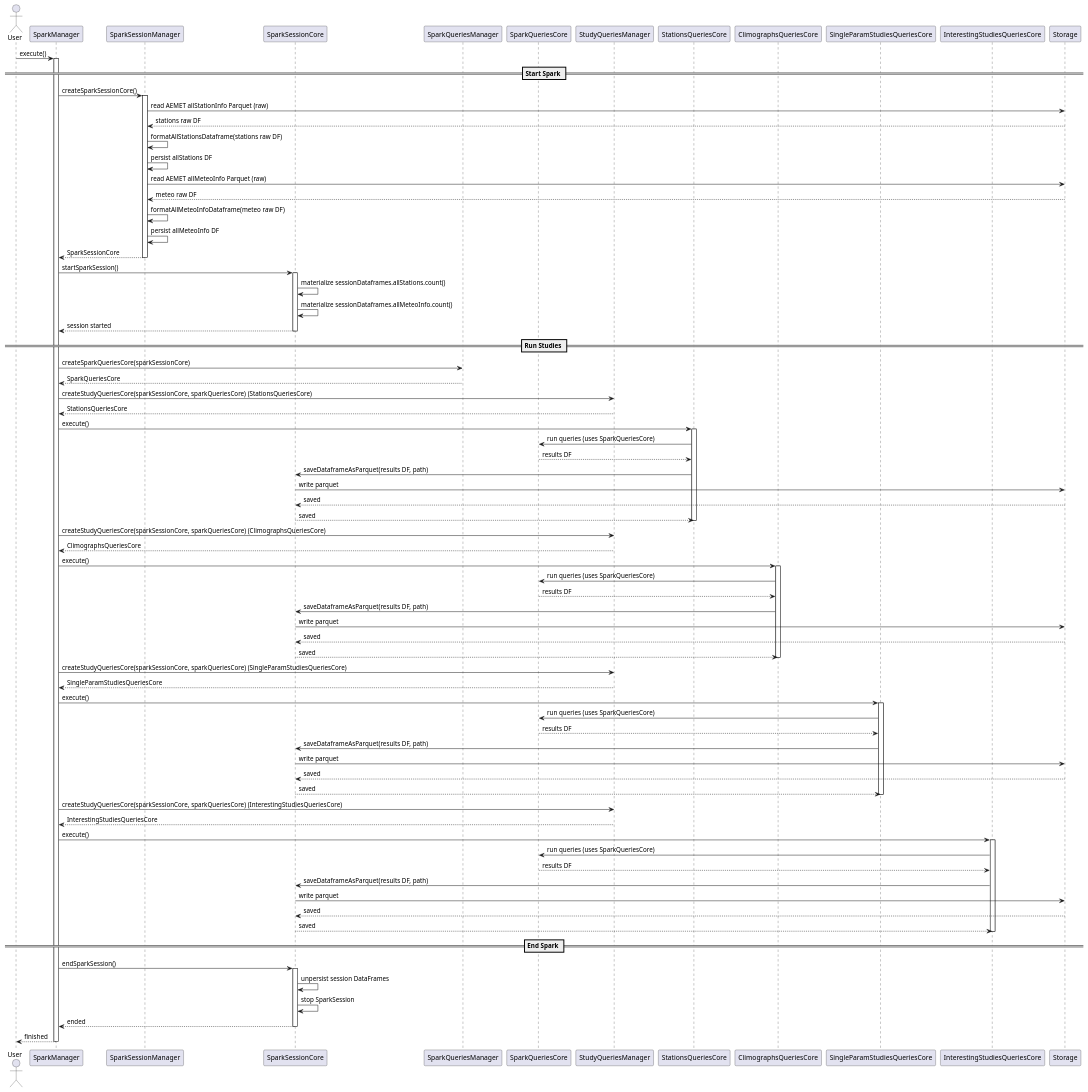
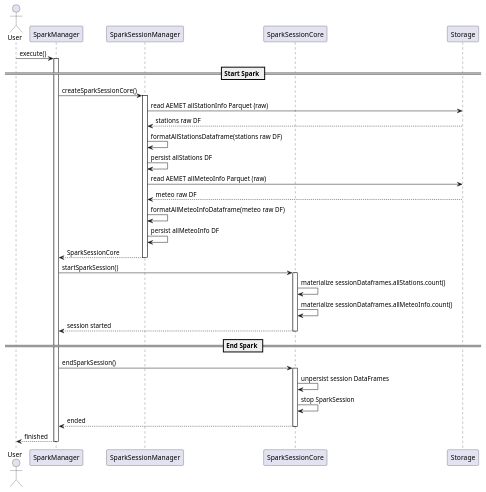
Before and after one commit to cfkr-dev/aemet_spark_study: the diagram in big-data-core/documentation/plantuml/spark/start_end_execution.plantuml, drawn with PlantUML. The commit also changed 24 other files, not shown here.

Commit message:
Main projects diagrams refactor

```diff
--- a/big-data-core/documentation/plantuml/spark/start_end_execution.plantuml
+++ b/big-data-core/documentation/plantuml/spark/start_end_execution.plantuml
@@ -1,109 +1,49 @@
 @startuml
 actor User
 
 participant "SparkManager" as SPARK_MANAGER
 participant "SparkSessionManager" as SPARK_SESSION_MANAGER
 participant "SparkSessionCore" as SPARK_SESSION_CORE
-participant "SparkQueriesManager" as SPARK_QUERIES_MANAGER
-participant "SparkQueriesCore" as SPARK_QUERIES_CORE
-participant "StudyQueriesManager" as STUDY_QUERIES_MANAGER
-participant "StationsQueriesCore" as STATIONS_QUERIES_CORE
-participant "ClimographsQueriesCore" as CLIMOGRAPHS_QUERIES_CORE
-participant "SingleParamStudiesQueriesCore" as SINGLE_PARAM_STUDIES_QUERIES_CORE
-participant "InterestingStudiesQueriesCore" as INTERESTING_STUDIES_QUERIES_CORE
 participant "Storage" as STORAGE
 
 User -> SPARK_MANAGER : execute()
 activate SPARK_MANAGER
 
 == Start Spark ==
 
 SPARK_MANAGER -> SPARK_SESSION_MANAGER : createSparkSessionCore()
 activate SPARK_SESSION_MANAGER
 
 SPARK_SESSION_MANAGER -> STORAGE : read AEMET allStationInfo Parquet (raw)
 STORAGE --> SPARK_SESSION_MANAGER : stations raw DF
 SPARK_SESSION_MANAGER -> SPARK_SESSION_MANAGER : formatAllStationsDataframe(stations raw DF)
 SPARK_SESSION_MANAGER -> SPARK_SESSION_MANAGER : persist allStations DF
 
 SPARK_SESSION_MANAGER -> STORAGE : read AEMET allMeteoInfo Parquet (raw)
 STORAGE --> SPARK_SESSION_MANAGER : meteo raw DF
 SPARK_SESSION_MANAGER -> SPARK_SESSION_MANAGER : formatAllMeteoInfoDataframe(meteo raw DF)
 SPARK_SESSION_MANAGER -> SPARK_SESSION_MANAGER : persist allMeteoInfo DF
 
 SPARK_SESSION_MANAGER --> SPARK_MANAGER : SparkSessionCore
 deactivate SPARK_SESSION_MANAGER
 
 SPARK_MANAGER -> SPARK_SESSION_CORE : startSparkSession()
 activate SPARK_SESSION_CORE
 SPARK_SESSION_CORE -> SPARK_SESSION_CORE : materialize sessionDataframes.allStations.count()
 SPARK_SESSION_CORE -> SPARK_SESSION_CORE : materialize sessionDataframes.allMeteoInfo.count()
 SPARK_SESSION_CORE --> SPARK_MANAGER : session started
 deactivate SPARK_SESSION_CORE
 
-== Run Studies ==
-
-SPARK_MANAGER -> SPARK_QUERIES_MANAGER : createSparkQueriesCore(sparkSessionCore)
-SPARK_QUERIES_MANAGER --> SPARK_MANAGER : SparkQueriesCore
-
-SPARK_MANAGER -> STUDY_QUERIES_MANAGER : createStudyQueriesCore(sparkSessionCore, sparkQueriesCore) (StationsQueriesCore)
-STUDY_QUERIES_MANAGER --> SPARK_MANAGER : StationsQueriesCore
-SPARK_MANAGER -> STATIONS_QUERIES_CORE : execute()
-activate STATIONS_QUERIES_CORE
-STATIONS_QUERIES_CORE -> SPARK_QUERIES_CORE : run queries (uses SparkQueriesCore)
-SPARK_QUERIES_CORE --> STATIONS_QUERIES_CORE : results DF
-STATIONS_QUERIES_CORE -> SPARK_SESSION_CORE : saveDataframeAsParquet(results DF, path)
-SPARK_SESSION_CORE -> STORAGE : write parquet
-STORAGE --> SPARK_SESSION_CORE : saved
-SPARK_SESSION_CORE --> STATIONS_QUERIES_CORE : saved
-deactivate STATIONS_QUERIES_CORE
-
-SPARK_MANAGER -> STUDY_QUERIES_MANAGER : createStudyQueriesCore(sparkSessionCore, sparkQueriesCore) (ClimographsQueriesCore)
-STUDY_QUERIES_MANAGER --> SPARK_MANAGER : ClimographsQueriesCore
-SPARK_MANAGER -> CLIMOGRAPHS_QUERIES_CORE : execute()
-activate CLIMOGRAPHS_QUERIES_CORE
-CLIMOGRAPHS_QUERIES_CORE -> SPARK_QUERIES_CORE : run queries (uses SparkQueriesCore)
-SPARK_QUERIES_CORE --> CLIMOGRAPHS_QUERIES_CORE : results DF
-CLIMOGRAPHS_QUERIES_CORE -> SPARK_SESSION_CORE : saveDataframeAsParquet(results DF, path)
-SPARK_SESSION_CORE -> STORAGE : write parquet
-STORAGE --> SPARK_SESSION_CORE : saved
-SPARK_SESSION_CORE --> CLIMOGRAPHS_QUERIES_CORE : saved
-deactivate CLIMOGRAPHS_QUERIES_CORE
-
-SPARK_MANAGER -> STUDY_QUERIES_MANAGER : createStudyQueriesCore(sparkSessionCore, sparkQueriesCore) (SingleParamStudiesQueriesCore)
-STUDY_QUERIES_MANAGER --> SPARK_MANAGER : SingleParamStudiesQueriesCore
-SPARK_MANAGER -> SINGLE_PARAM_STUDIES_QUERIES_CORE : execute()
-activate SINGLE_PARAM_STUDIES_QUERIES_CORE
-SINGLE_PARAM_STUDIES_QUERIES_CORE -> SPARK_QUERIES_CORE : run queries (uses SparkQueriesCore)
-SPARK_QUERIES_CORE --> SINGLE_PARAM_STUDIES_QUERIES_CORE : results DF
-SINGLE_PARAM_STUDIES_QUERIES_CORE -> SPARK_SESSION_CORE : saveDataframeAsParquet(results DF, path)
-SPARK_SESSION_CORE -> STORAGE : write parquet
-STORAGE --> SPARK_SESSION_CORE : saved
-SPARK_SESSION_CORE --> SINGLE_PARAM_STUDIES_QUERIES_CORE : saved
-deactivate SINGLE_PARAM_STUDIES_QUERIES_CORE
-
-SPARK_MANAGER -> STUDY_QUERIES_MANAGER : createStudyQueriesCore(sparkSessionCore, sparkQueriesCore) (InterestingStudiesQueriesCore)
-STUDY_QUERIES_MANAGER --> SPARK_MANAGER : InterestingStudiesQueriesCore
-SPARK_MANAGER -> INTERESTING_STUDIES_QUERIES_CORE : execute()
-activate INTERESTING_STUDIES_QUERIES_CORE
-INTERESTING_STUDIES_QUERIES_CORE -> SPARK_QUERIES_CORE : run queries (uses SparkQueriesCore)
-SPARK_QUERIES_CORE --> INTERESTING_STUDIES_QUERIES_CORE : results DF
-INTERESTING_STUDIES_QUERIES_CORE -> SPARK_SESSION_CORE : saveDataframeAsParquet(results DF, path)
-SPARK_SESSION_CORE -> STORAGE : write parquet
-STORAGE --> SPARK_SESSION_CORE : saved
-SPARK_SESSION_CORE --> INTERESTING_STUDIES_QUERIES_CORE : saved
-deactivate INTERESTING_STUDIES_QUERIES_CORE
-
 == End Spark ==
 
 SPARK_MANAGER -> SPARK_SESSION_CORE : endSparkSession()
 activate SPARK_SESSION_CORE
 SPARK_SESSION_CORE -> SPARK_SESSION_CORE : unpersist session DataFrames
 SPARK_SESSION_CORE -> SPARK_SESSION_CORE : stop SparkSession
 SPARK_SESSION_CORE --> SPARK_MANAGER : ended
 deactivate SPARK_SESSION_CORE
 
 SPARK_MANAGER --> User : finished
 deactivate SPARK_MANAGER
 
 @enduml
```
